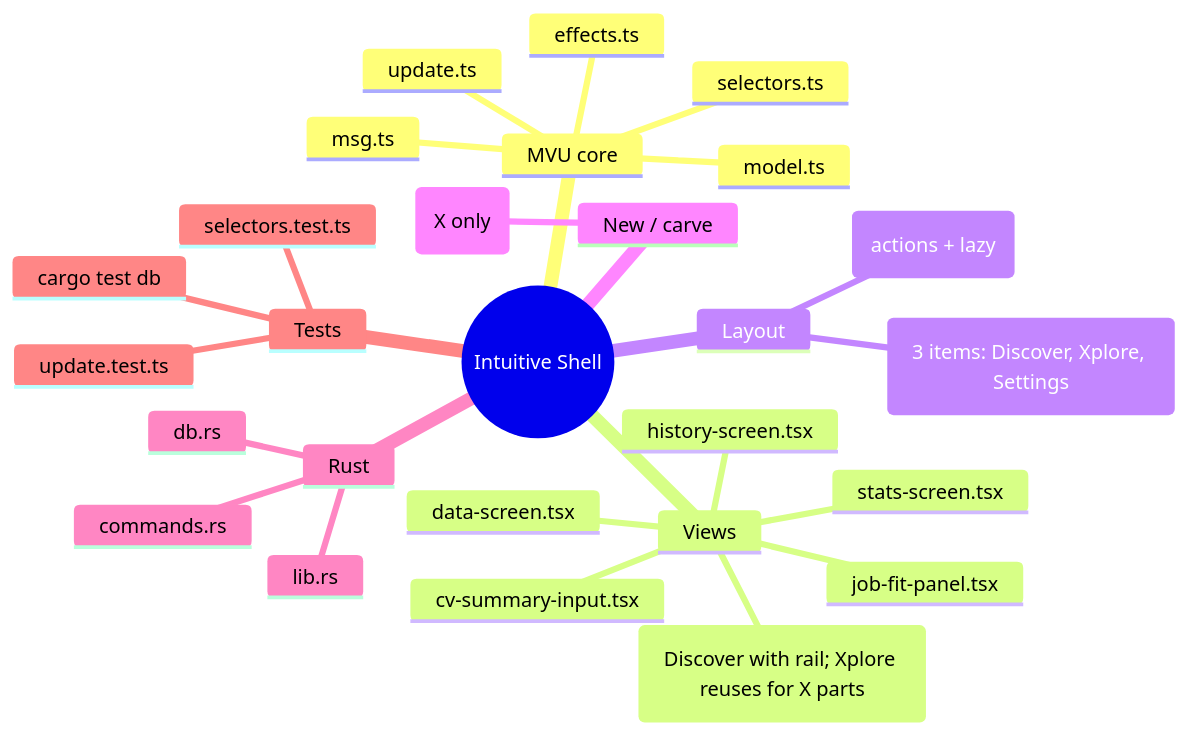
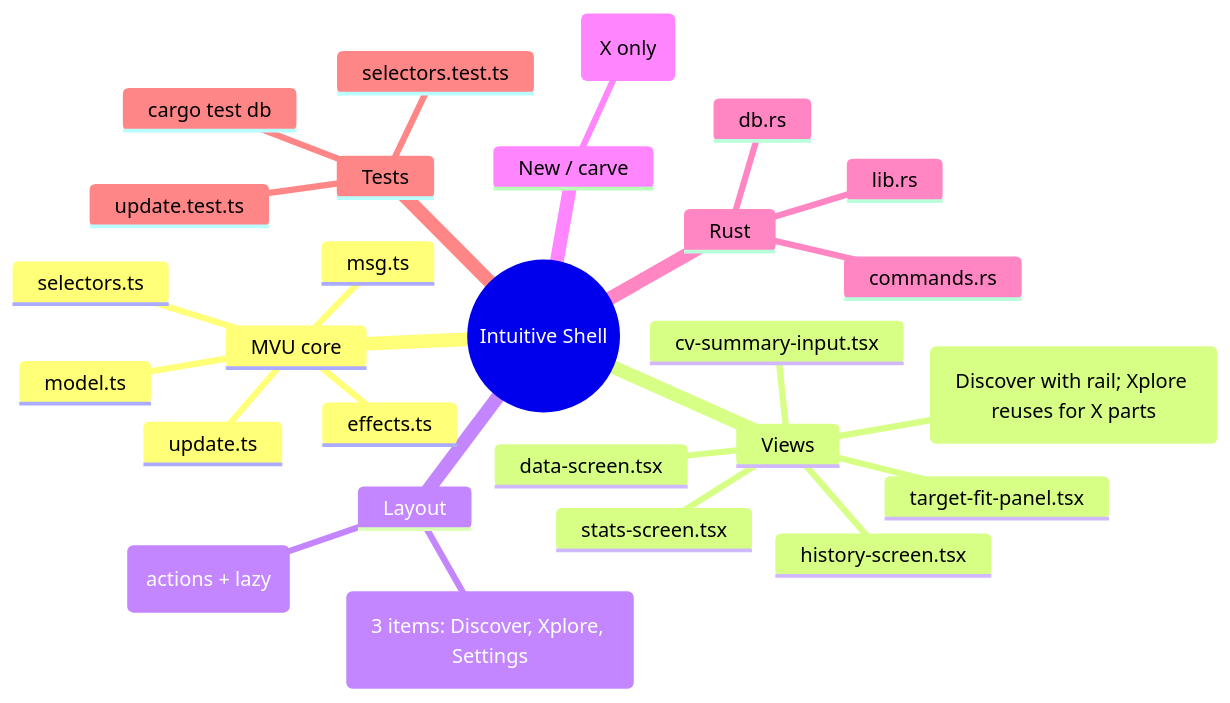
The ninth of 18 diagrams in reports/intuitive-shell-plan.md (p10ns11y/collab-finder), drawn with Mermaid before and after one commit. The commit also changed other lines of this file and 31 other files, not shown here.

First line of the commit message:
chore: deepest clean of legacy terminology (Job/JobTarget -> Opportunity/Target, Hunt -> Xplore)

````diff
--- a/reports/intuitive-shell-plan.md
+++ b/reports/intuitive-shell-plan.md
@@ -259,30 +259,30 @@
 ```mermaid
 mindmap
   root((Intuitive Shell))
     MVU core
       update.ts
       effects.ts
       model.ts
       selectors.ts
       msg.ts
     Views
       discover-screen.tsx (Discover with rail; Xplore reuses for X parts)
       history-screen.tsx
       data-screen.tsx
       stats-screen.tsx
-      job-fit-panel.tsx
+      target-fit-panel.tsx
       cv-summary-input.tsx
     Layout
       sidebar-nav.tsx (3 items: Discover, Xplore, Settings)
       command-palette.tsx (actions + lazy)
     New / carve
       Xplore (X only)
     Rust
       lib.rs
       db.rs
       commands.rs
     Tests
       update.test.ts
       selectors.test.ts
       cargo test db
 ```
````
